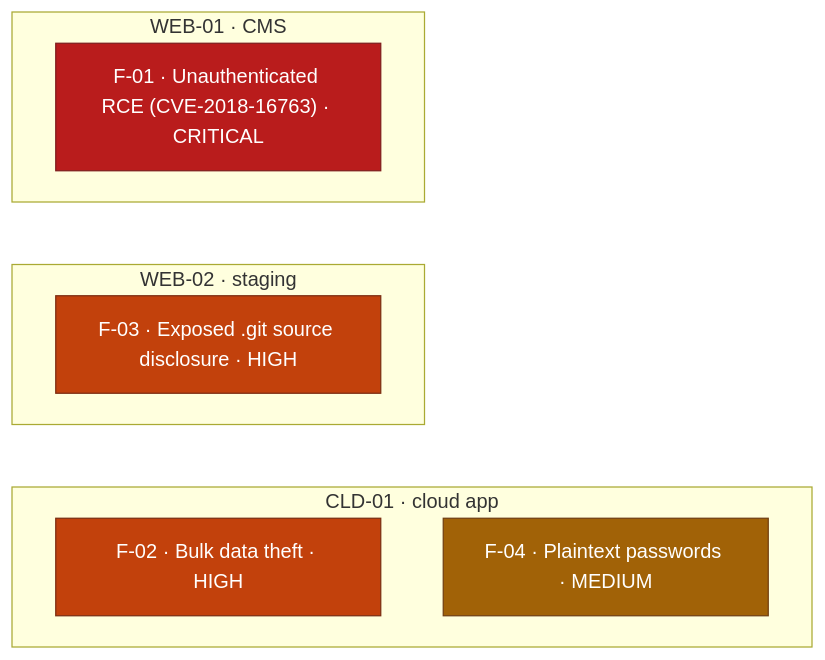
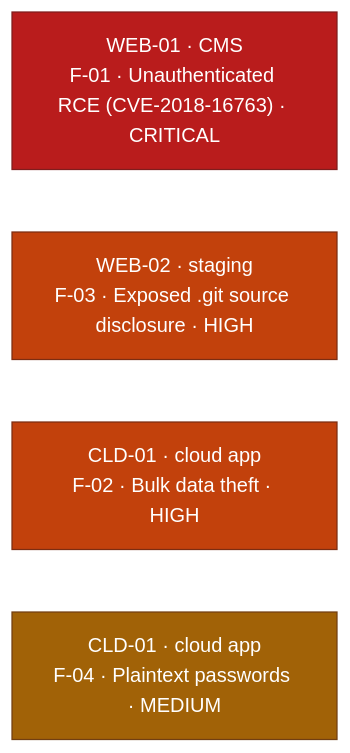
Before and after one commit to ouroboros-white/cybersecurity-portfolio: the diagram in reports/lab-assessment-2026-08.md, drawn with Mermaid.

Commit message:
style: match the findings-by-target diagram to the chain diagrams
Subgraph containers rendered as heavy grey slabs with ragged widths,
which looked nothing like the clean vertical chains in the other
reports. The target name folds into each node label instead, giving a
flat stack with consistent boxes. Invisible links keep the ordering
without implying a sequence, since these findings are independent.

````diff
--- a/reports/lab-assessment-2026-08.md
+++ b/reports/lab-assessment-2026-08.md
@@ -66,21 +66,16 @@
 ```mermaid
 flowchart TD
-    subgraph WEB01["WEB-01 · CMS"]
-      A1["F-01 · Unauthenticated RCE (CVE-2018-16763) · CRITICAL"]
-    end
-    subgraph WEB02["WEB-02 · staging"]
-      A3["F-03 · Exposed .git source disclosure · HIGH"]
-    end
-    subgraph CLD01["CLD-01 · cloud app"]
-      A2["F-02 · Bulk data theft · HIGH"]
-      A4["F-04 · Plaintext passwords · MEDIUM"]
-    end
+    A1["WEB-01 · CMS<br/>F-01 · Unauthenticated RCE (CVE-2018-16763) · CRITICAL"]
+    A3["WEB-02 · staging<br/>F-03 · Exposed .git source disclosure · HIGH"]
+    A2["CLD-01 · cloud app<br/>F-02 · Bulk data theft · HIGH"]
+    A4["CLD-01 · cloud app<br/>F-04 · Plaintext passwords · MEDIUM"]
     A1 ~~~ A3
     A3 ~~~ A2
+    A2 ~~~ A4
     classDef crit fill:#b91c1c,stroke:#7f1d1d,color:#ffffff;
     classDef high fill:#c2410c,stroke:#7c2d12,color:#ffffff;
     classDef med fill:#a16207,stroke:#713f12,color:#ffffff;
     class A1 crit;
     class A2,A3 high;
     class A4 med;
 ```
````
